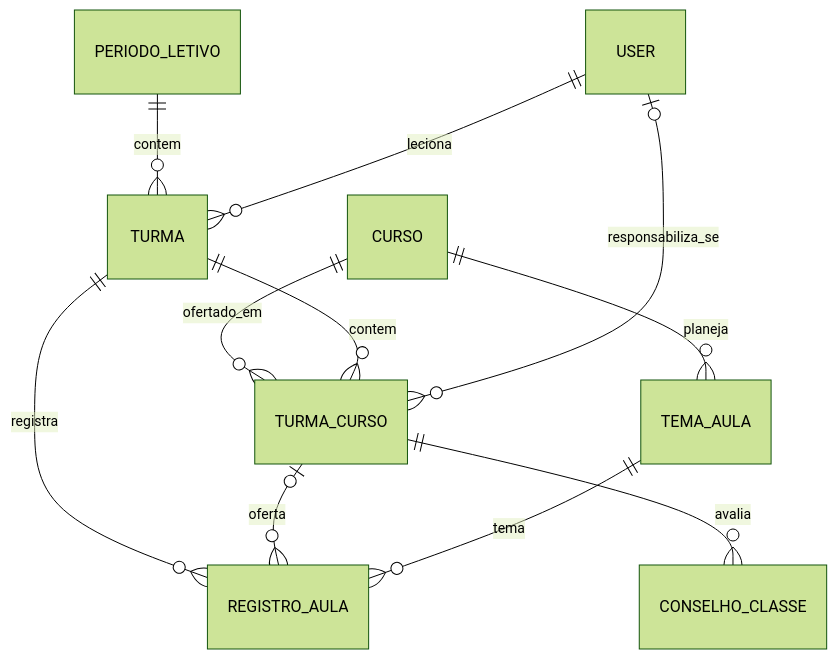
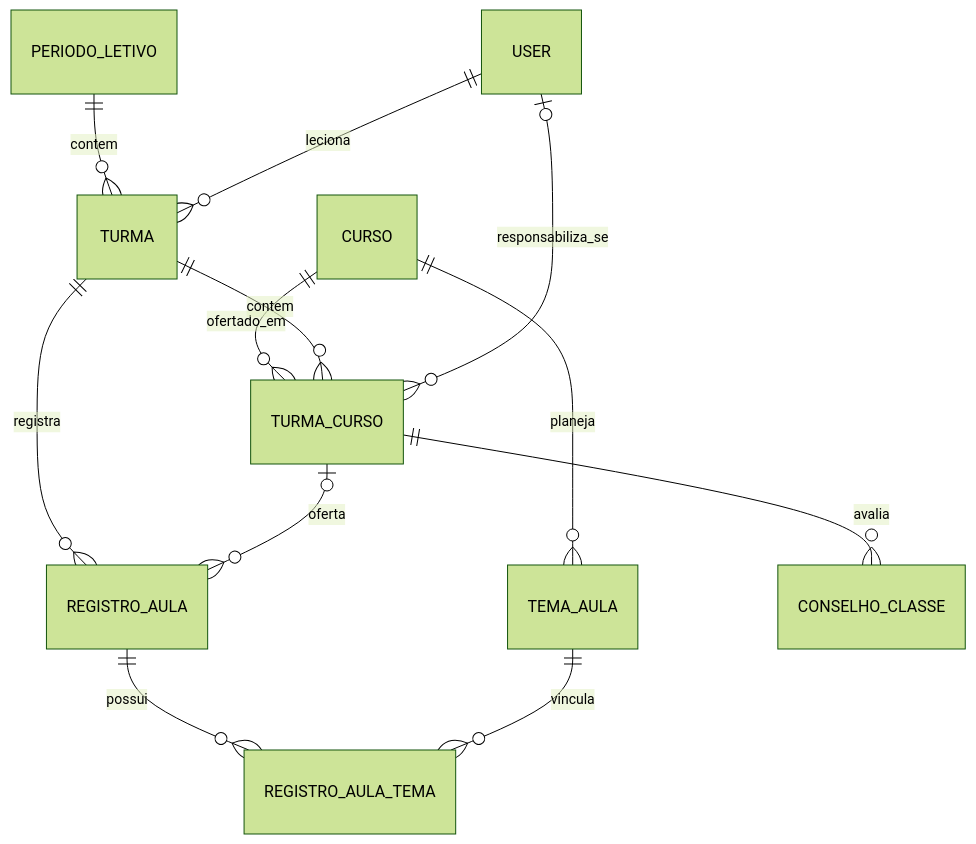
One commit to fmtic/pautaon changed the second of 7 diagrams in app/models/MER.md. Above: the diagram before and after it, drawn with Mermaid (forest theme). The commit also changed other lines of this file and 25 other files, not shown here.

````diff
--- a/app/models/MER.md
+++ b/app/models/MER.md
@@ -217,13 +219,14 @@
 ```mermaid
 erDiagram
     PERIODO_LETIVO ||--o{ TURMA : contem
     CURSO          ||--o{ TURMA_CURSO : ofertado_em
     TURMA          ||--o{ TURMA_CURSO : contem
     USER           |o--o{ TURMA_CURSO : responsabiliza_se
     CURSO          ||--o{ TEMA_AULA : planeja
     USER           ||--o{ TURMA : leciona
     TURMA          ||--o{ REGISTRO_AULA : registra
     TURMA_CURSO    |o--o{ REGISTRO_AULA : oferta
-    TEMA_AULA      ||--o{ REGISTRO_AULA : tema
+    REGISTRO_AULA  ||--o{ REGISTRO_AULA_TEMA : possui
+    TEMA_AULA      ||--o{ REGISTRO_AULA_TEMA : vincula
     TURMA_CURSO    ||--o{ CONSELHO_CLASSE : avalia
 ```
````
